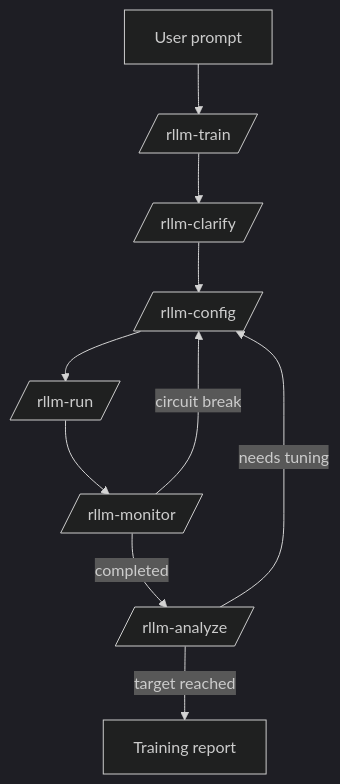
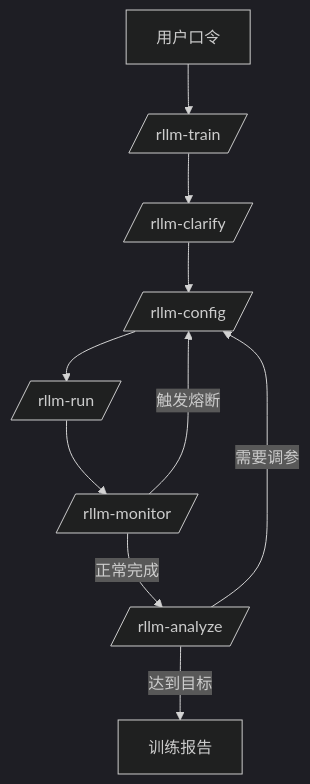
The first of 3 diagrams in README.md (Codekiing/Agent4AgenticRL-Skill), drawn with Mermaid (dark theme) before and after one commit. The commit also changed other lines of this file, not shown here.

````diff
--- a/README.md
+++ b/README.md
@@ -72,12 +74,12 @@
 ```mermaid
 flowchart TD
-    User[User prompt] --> Train[/rllm-train/]
+    User[用户口令] --> Train[/rllm-train/]
     Train --> Clarify[/rllm-clarify/]
     Clarify --> Config[/rllm-config/]
     Config --> Run[/rllm-run/]
     Run --> Monitor[/rllm-monitor/]
-    Monitor -->|completed| Analyze[/rllm-analyze/]
-    Monitor -->|circuit break| Config
-    Analyze -->|needs tuning| Config
-    Analyze -->|target reached| Done[Training report]
+    Monitor -->|正常完成| Analyze[/rllm-analyze/]
+    Monitor -->|触发熔断| Config
+    Analyze -->|需要调参| Config
+    Analyze -->|达到目标| Done[训练报告]
 ```
````
